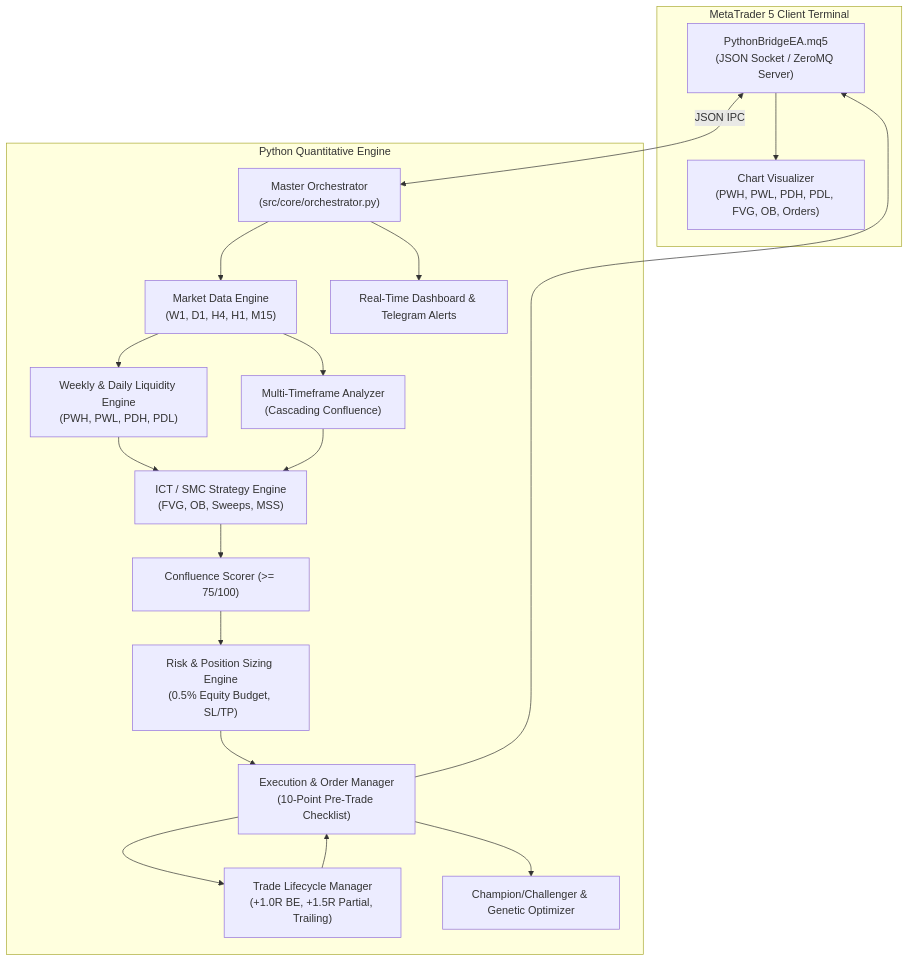
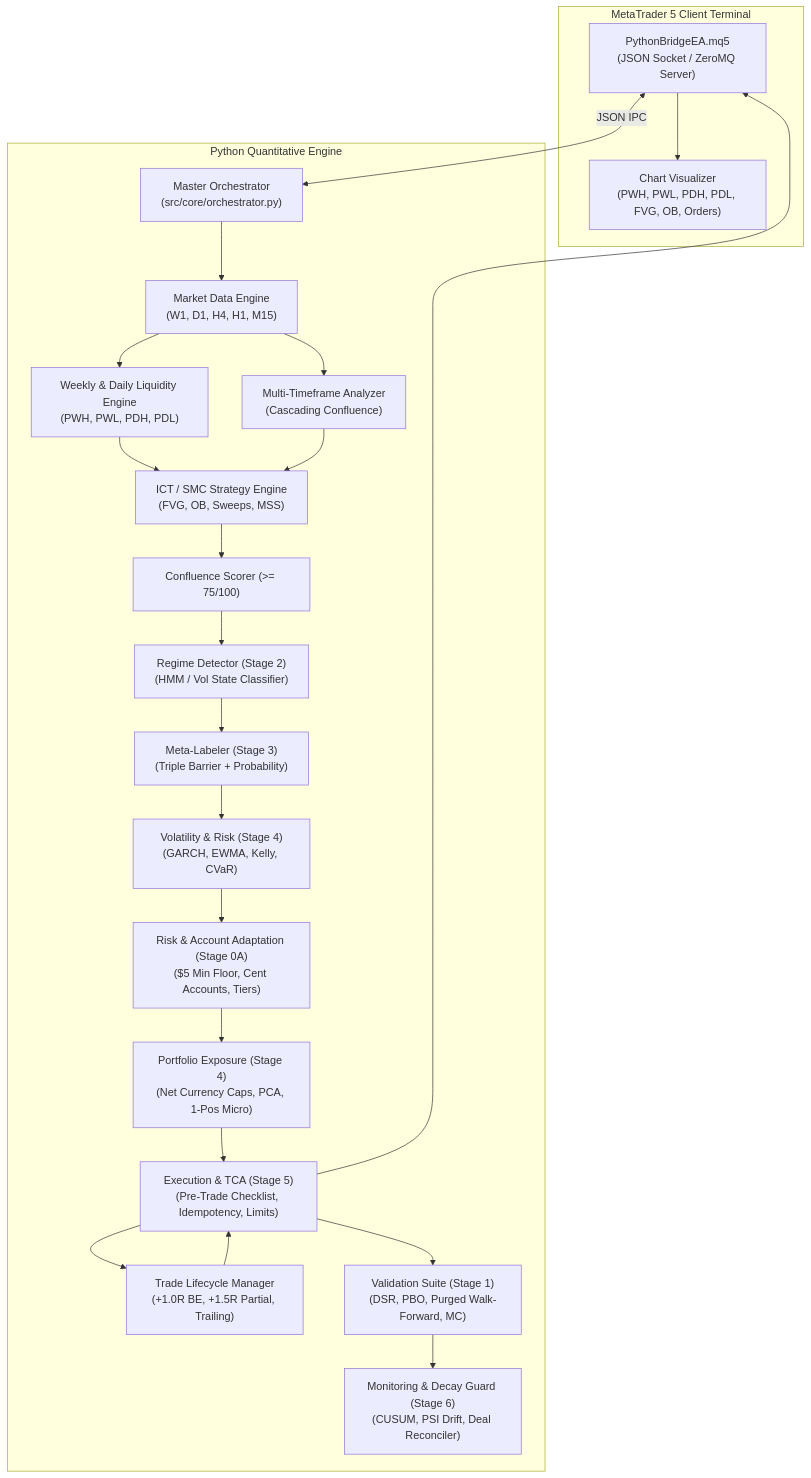
Before and after one commit to gackstonew-lgtm/MT5-OO1: the diagram in docs/ARCHITECTURE.md, drawn with Mermaid. The commit also changed other lines of this file and 5 other files, not shown here.

Commit message:
feat(stage7): CI workflow, pre-commit hook, secret audit, and comprehensive documentation

````diff
--- a/docs/ARCHITECTURE.md
+++ b/docs/ARCHITECTURE.md
@@ -6,35 +6,43 @@
 ```mermaid
 flowchart TD
     subgraph MetaTrader5 ["MetaTrader 5 Client Terminal"]
         BridgeEA["PythonBridgeEA.mq5\n(JSON Socket / ZeroMQ Server)"]
         ChartUI["Chart Visualizer\n(PWH, PWL, PDH, PDL, FVG, OB, Orders)"]
     end
 
     subgraph PythonEngine ["Python Quantitative Engine"]
         Orchestrator["Master Orchestrator\n(src/core/orchestrator.py)"]
         MarketData["Market Data Engine\n(W1, D1, H4, H1, M15)"]
         WeeklyDaily["Weekly & Daily Liquidity Engine\n(PWH, PWL, PDH, PDL)"]
         MTF["Multi-Timeframe Analyzer\n(Cascading Confluence)"]
         SMC["ICT / SMC Strategy Engine\n(FVG, OB, Sweeps, MSS)"]
         Scorer["Confluence Scorer (>= 75/100)"]
-        Risk["Risk & Position Sizing Engine\n(0.5% Equity Budget, SL/TP)"]
-        Execution["Execution & Order Manager\n(10-Point Pre-Trade Checklist)"]
+        Regime["Regime Detector (Stage 2)\n(HMM / Vol State Classifier)"]
+        Meta["Meta-Labeler (Stage 3)\n(Triple Barrier + Probability)"]
+        VolRisk["Volatility & Risk (Stage 4)\n(GARCH, EWMA, Kelly, CVaR)"]
+        Risk["Risk & Account Adaptation (Stage 0A)\n($5 Min Floor, Cent Accounts, Tiers)"]
+        Exposure["Portfolio Exposure (Stage 4)\n(Net Currency Caps, PCA, 1-Pos Micro)"]
+        Execution["Execution & TCA (Stage 5)\n(Pre-Trade Checklist, Idempotency, Limits)"]
         Manager["Trade Lifecycle Manager\n(+1.0R BE, +1.5R Partial, Trailing)"]
-        Learning["Champion/Challenger & Genetic Optimizer"]
-        Monitor["Real-Time Dashboard & Telegram Alerts"]
+        Validation["Validation Suite (Stage 1)\n(DSR, PBO, Purged Walk-Forward, MC)"]
+        Decay["Monitoring & Decay Guard (Stage 6)\n(CUSUM, PSI Drift, Deal Reconciler)"]
     end
 
     BridgeEA <-->|JSON IPC| Orchestrator
     Orchestrator --> MarketData
     MarketData --> WeeklyDaily & MTF
     WeeklyDaily & MTF --> SMC
     SMC --> Scorer
-    Scorer --> Risk
-    Risk --> Execution
+    Scorer --> Regime
+    Regime --> Meta
+    Meta --> VolRisk
+    VolRisk --> Risk
+    Risk --> Exposure
+    Exposure --> Execution
     Execution --> BridgeEA
     BridgeEA --> ChartUI
     Execution --> Manager
     Manager --> Execution
-    Execution --> Learning
-    Orchestrator --> Monitor
+    Execution --> Validation
+    Validation --> Decay
 ```
````
